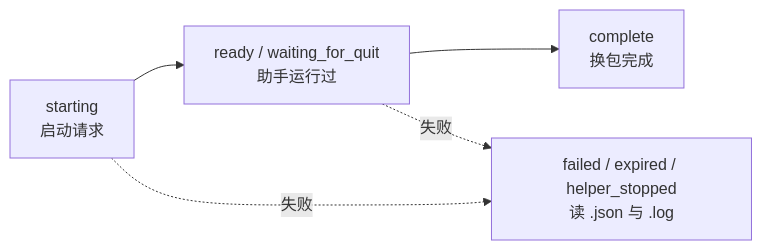
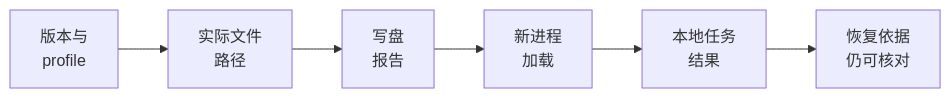
The diagram in 06-造车记.md (zhuguang-ZFG/dsh-purge-book), drawn with Mermaid before and after one commit. The commit also changed other lines of this file and 79 other files, not shown here.

````diff
--- a/06-造车记.md
+++ b/06-造车记.md
@@ -48,6 +33,8 @@
 ```mermaid
 flowchart LR
-    S["starting<br/>启动请求"] --> R["ready / waiting_for_quit<br/>助手运行过"]
-    R --> C["complete<br/>换包完成"]
-    S & R -.失败.-> F["failed / expired / helper_stopped<br/>读 .json 与 .log"]
+    V["版本与<br/>profile"] --> P["实际文件<br/>路径"]
+    P --> W["写盘<br/>报告"]
+    W --> N["新进程<br/>加载"]
+    N --> T["本地任务<br/>结果"]
+    T --> B["恢复依据<br/>仍可核对"]
 ```
````
